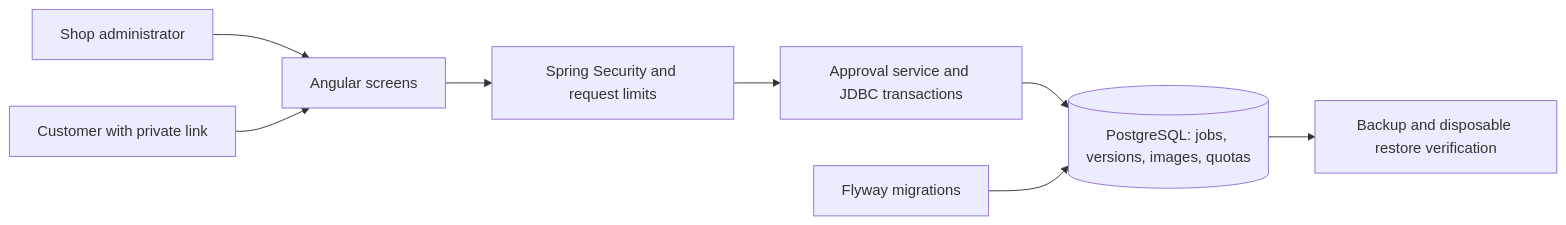
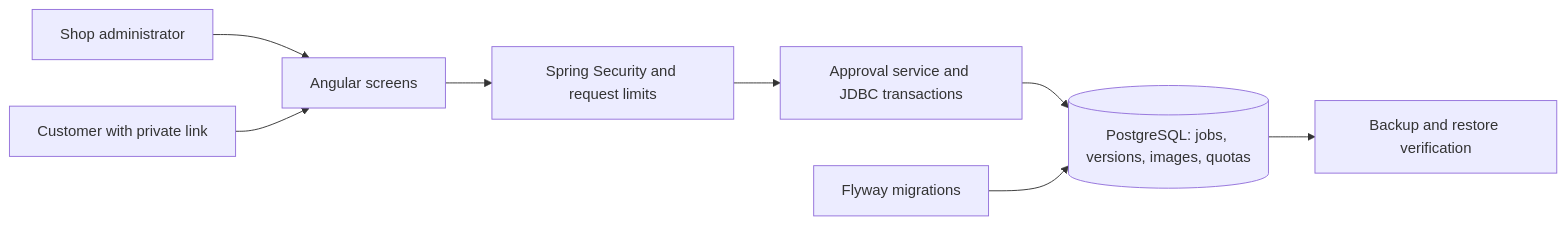
One commit to Javanian/Print-Approval-System changed the diagram in README.md. Above: the diagram before and after it, drawn with Mermaid. The commit also changed other lines of this file and 15 other files, not shown here.

Commit message:
Refresh the UI and README: violet proof workspace, version lifecycle diagram, design system notes

````diff
--- a/README.md
+++ b/README.md
@@ -28,10 +49,10 @@
 ```mermaid
 flowchart LR
   A[Shop administrator] --> U[Angular screens]
   C[Customer with private link] --> U
   U --> S[Spring Security and request limits]
   S --> P[Approval service and JDBC transactions]
   P --> D[(PostgreSQL: jobs, versions, images, quotas)]
   F[Flyway migrations] --> D
-  D --> B[Backup and disposable restore verification]
+  D --> B[Backup and restore verification]
 ```
````
